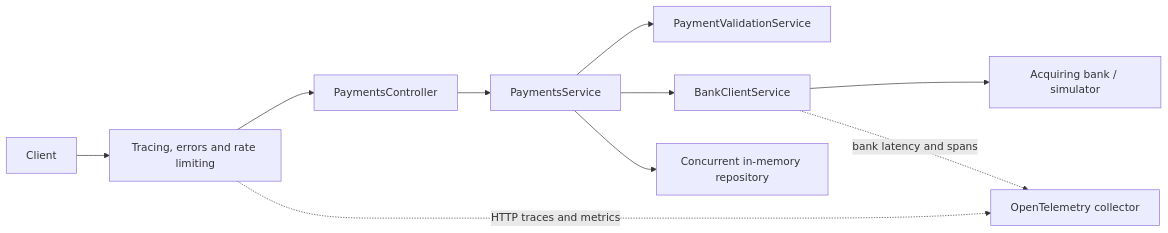
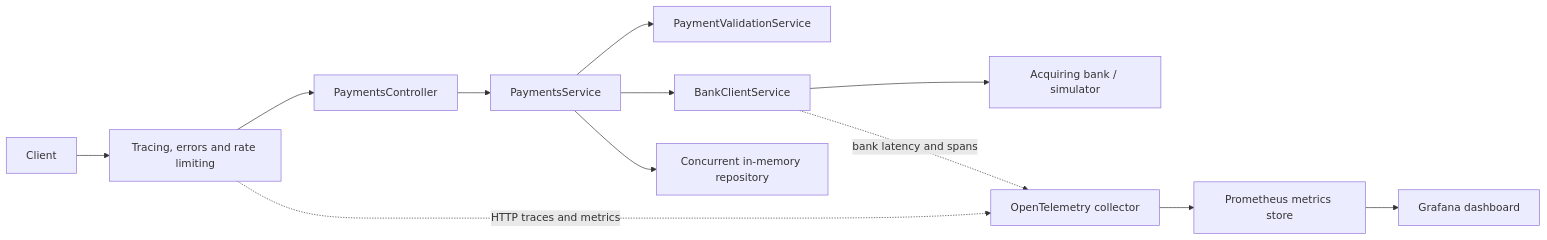
One commit to NathanQuellec/payment-gateway-challenge-dotnet changed the diagram in IMPLEMENTATION.md. Above: the diagram before and after it, drawn with Mermaid. The commit also changed other lines of this file and 7 other files, not shown here.

Commit message:
add grafana and prometheus

````diff
--- a/IMPLEMENTATION.md
+++ b/IMPLEMENTATION.md
@@ -22,12 +22,14 @@
 ```mermaid
 flowchart LR
     Client --> Middleware[Tracing, errors and rate limiting]
     Middleware --> Controller[PaymentsController]
     Controller --> Service[PaymentsService]
     Service --> Validation[PaymentValidationService]
     Service --> Bank[BankClientService]
     Bank --> Simulator[Acquiring bank / simulator]
     Service --> Repository[Concurrent in-memory repository]
     Middleware -. HTTP traces and metrics .-> Collector[OpenTelemetry collector]
     Bank -. bank latency and spans .-> Collector
+    Collector --> Prometheus[Prometheus metrics store]
+    Prometheus --> Grafana[Grafana dashboard]
 ```
````
